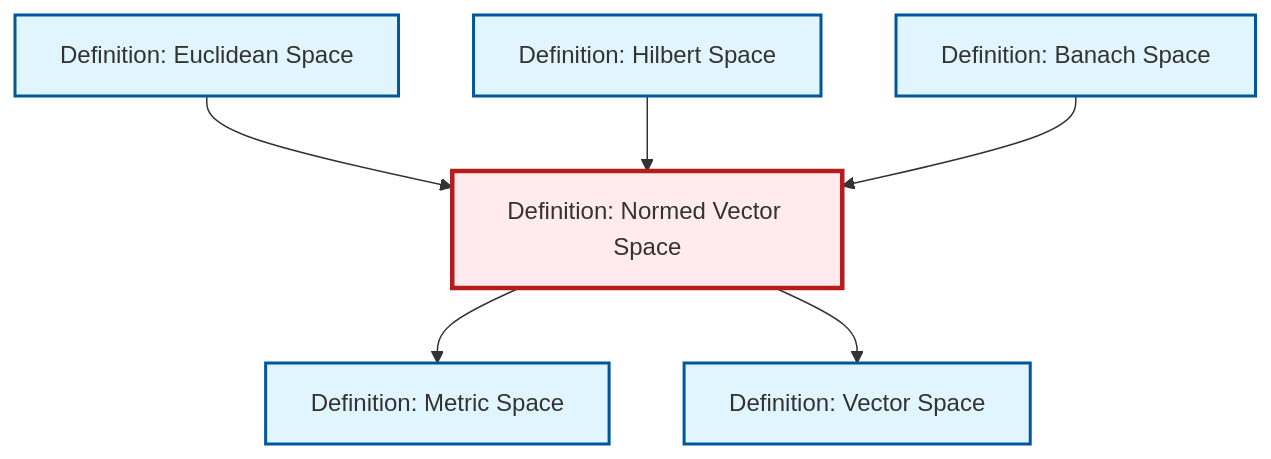
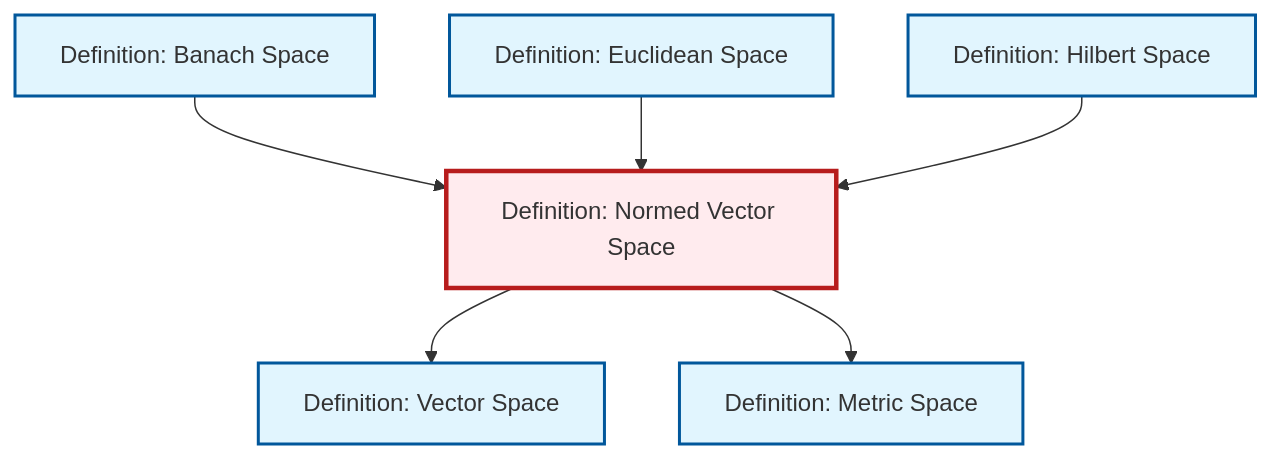
The diagram in content/en/analysis/def-normed-vector-space.qmd (RK0429/ModernMath), drawn with Mermaid before and after one commit. The commit also changed other lines of this file and 619 other files, not shown here.

````diff
--- a/content/en/analysis/def-normed-vector-space.qmd
+++ b/content/en/analysis/def-normed-vector-space.qmd
@@ -131,26 +131,26 @@
 ```{mermaid}
 %%| fig-cap: "Local dependency graph"
 graph TD
     classDef definition fill:#e1f5fe,stroke:#01579b,stroke-width:2px
     classDef theorem fill:#f3e5f5,stroke:#4a148c,stroke-width:2px
     classDef axiom fill:#fff3e0,stroke:#e65100,stroke-width:2px
     classDef example fill:#e8f5e9,stroke:#1b5e20,stroke-width:2px
     classDef current fill:#ffebee,stroke:#b71c1c,stroke-width:3px
-    def-euclidean-space["Definition: Euclidean Space"]:::definition
-    def-vector-space["Definition: Vector Space"]:::definition
     def-metric-space["Definition: Metric Space"]:::definition
     def-banach-space["Definition: Banach Space"]:::definition
+    def-euclidean-space["Definition: Euclidean Space"]:::definition
+    def-hilbert-space["Definition: Hilbert Space"]:::definition
     def-normed-vector-space["Definition: Normed Vector Space"]:::definition
-    def-hilbert-space["Definition: Hilbert Space"]:::definition
+    def-vector-space["Definition: Vector Space"]:::definition
+    def-normed-vector-space --> def-vector-space
+    def-banach-space --> def-normed-vector-space
+    def-euclidean-space --> def-normed-vector-space
     def-normed-vector-space --> def-metric-space
-    def-normed-vector-space --> def-vector-space
-    def-euclidean-space --> def-normed-vector-space
     def-hilbert-space --> def-normed-vector-space
-    def-banach-space --> def-normed-vector-space
     class def-normed-vector-space current
-    click def-euclidean-space "def-euclidean-space.html" "Go to Euclidean Space definition"
-    click def-vector-space "def-vector-space.html" "Go to Vector Space definition"
     click def-metric-space "def-metric-space.html" "Go to Metric Space definition"
     click def-banach-space "def-banach-space.html" "Go to Banach Space definition"
+    click def-euclidean-space "def-euclidean-space.html" "Go to Euclidean Space definition"
     click def-hilbert-space "def-hilbert-space.html" "Go to Hilbert Space definition"
+    click def-vector-space "def-vector-space.html" "Go to Vector Space definition"
 ```
````
